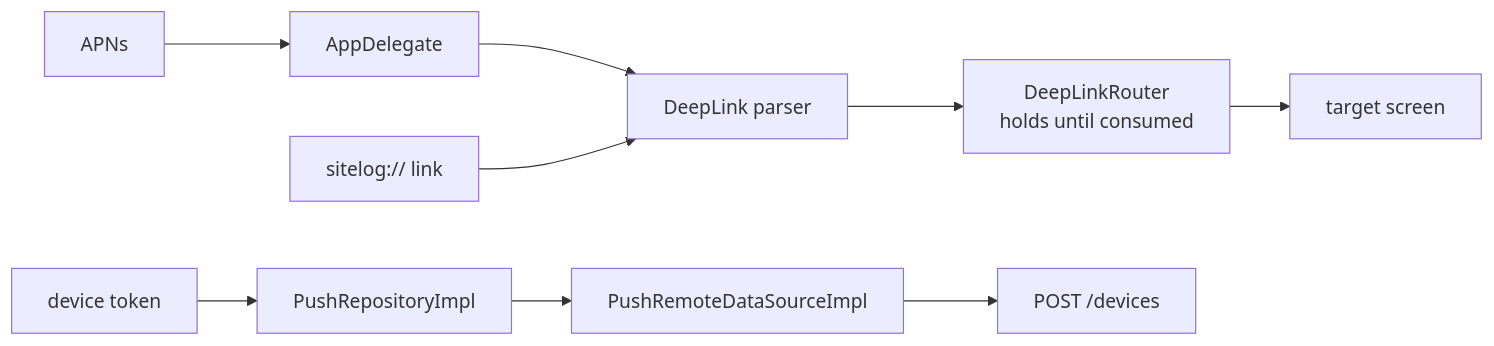
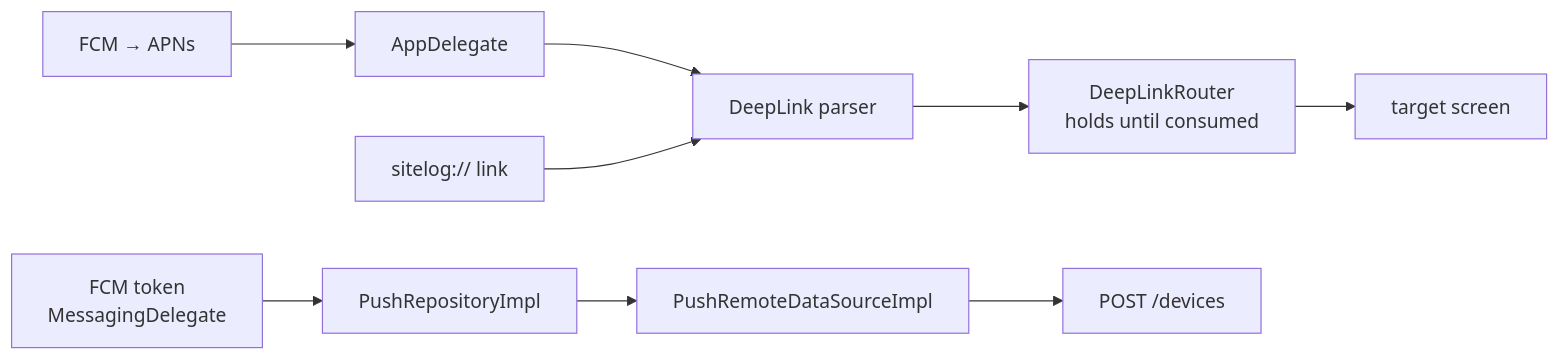
The first of 8 diagrams in docs/feature-guide/S8-realtime-push-quality/F16-push-deeplinks.md (DAMHONGDUC/site-log-ios), drawn with Mermaid before and after one commit. The commit also changed other lines of this file and 1 other file, not shown here.

First line of the commit message:
docs: push - Firebase Cloud Messaging for iOS and Android · docs/feature-guide/S8-realtime-push-quality (3/5)

````diff
--- a/docs/feature-guide/S8-realtime-push-quality/F16-push-deeplinks.md
+++ b/docs/feature-guide/S8-realtime-push-quality/F16-push-deeplinks.md
@@ -50,7 +51,7 @@
 ```mermaid
 flowchart LR
-    APNs["APNs"] --> Delegate["AppDelegate"] --> Parse["DeepLink parser"]
+    FCM["FCM → APNs"] --> Delegate["AppDelegate"] --> Parse["DeepLink parser"]
     Safari["sitelog:// link"] --> Parse
     Parse --> Router["DeepLinkRouter<br/>holds until consumed"] --> Screen["target screen"]
-    Token["device token"] --> Repo["PushRepositoryImpl"] --> DS["PushRemoteDataSourceImpl"] --> BE["POST /devices"]
+    Token["FCM token<br/>MessagingDelegate"] --> Repo["PushRepositoryImpl"] --> DS["PushRemoteDataSourceImpl"] --> BE["POST /devices"]
 ```
````
